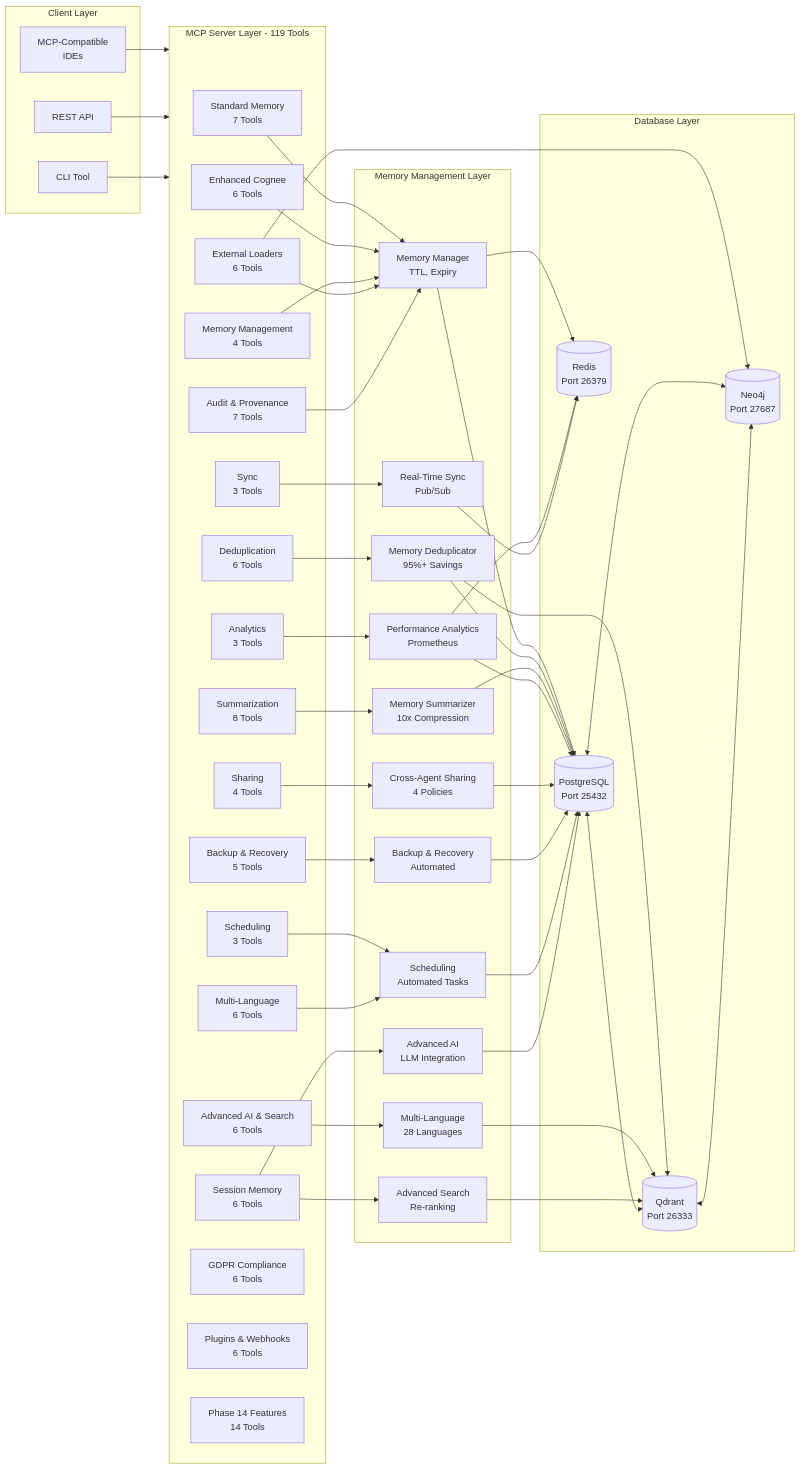
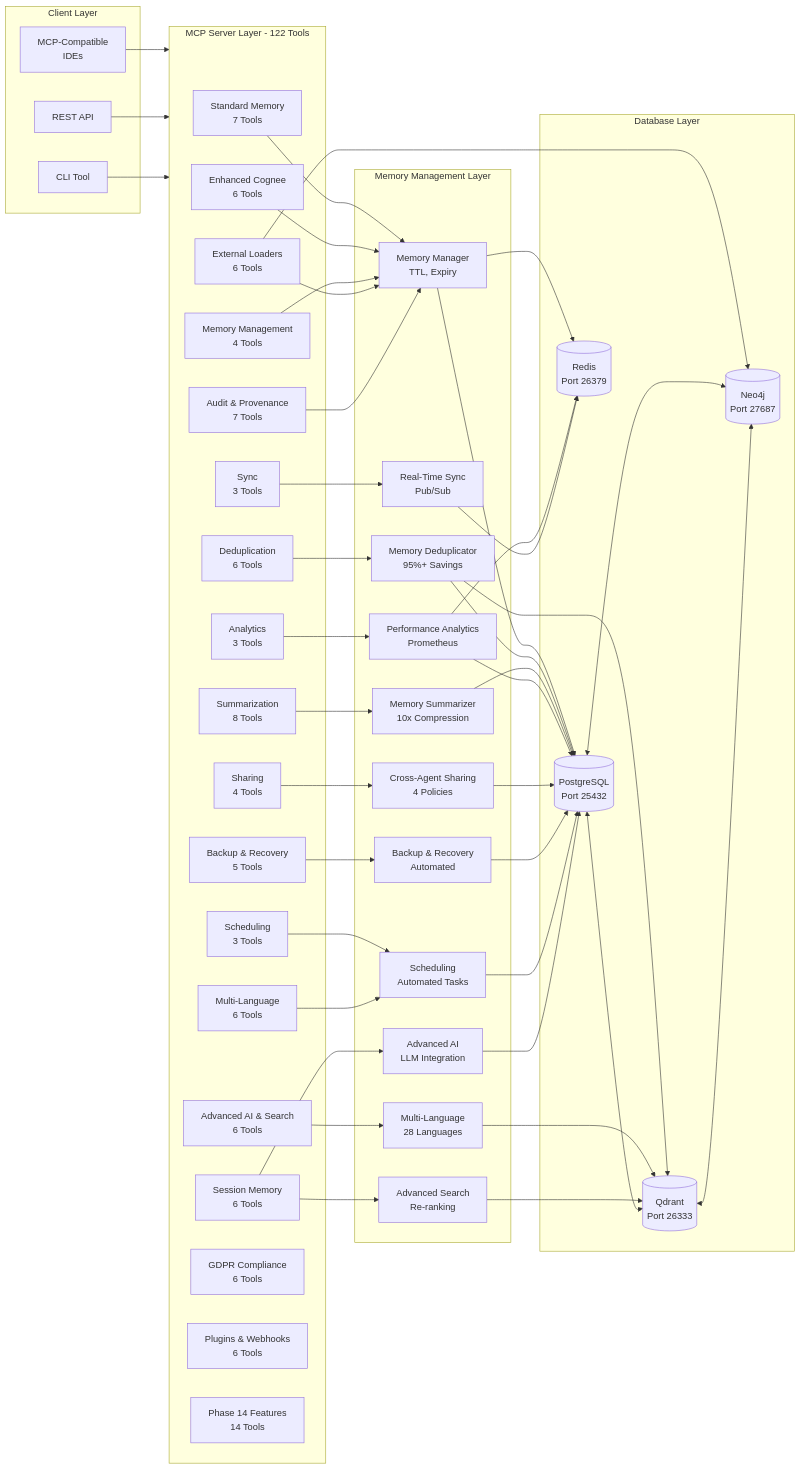
One commit to vincentspereira/Enhanced-Cognee changed the first of 4 diagrams in README.md. Above: the diagram before and after it, drawn with Mermaid. The commit also changed other lines of this file, not shown here.

First line of the commit message:
docs(readme): update for 122 tools, 4158 tests, 95% coverage, Valkey

```diff
--- a/README.md
+++ b/README.md
@@ -687,7 +715,7 @@
         CLI[CLI Tool]
     end
 
-    subgraph MCP["MCP Server Layer - 119 Tools"]
+    subgraph MCP["MCP Server Layer - 122 Tools"]
         MCP1[Standard Memory<br/>7 Tools]
         MCP2[Enhanced Cognee<br/>6 Tools]
         MCP3[Memory Management<br/>4 Tools]
```
